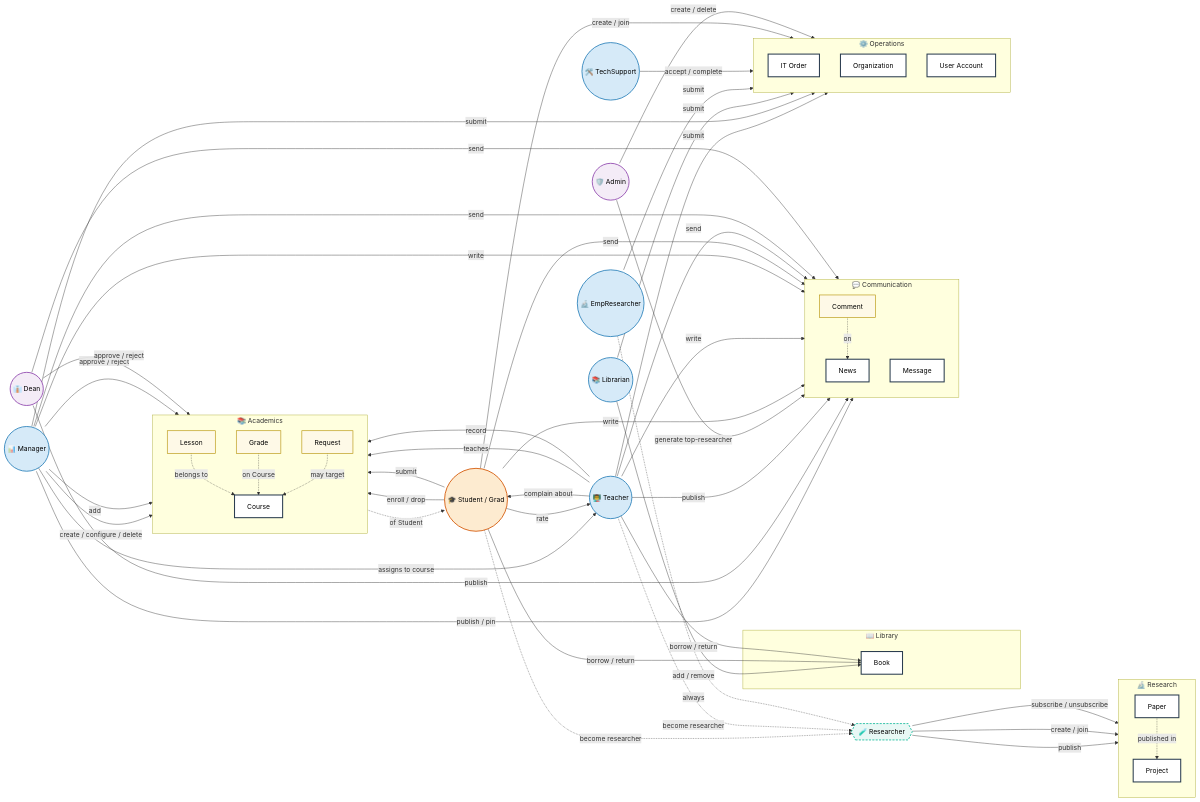
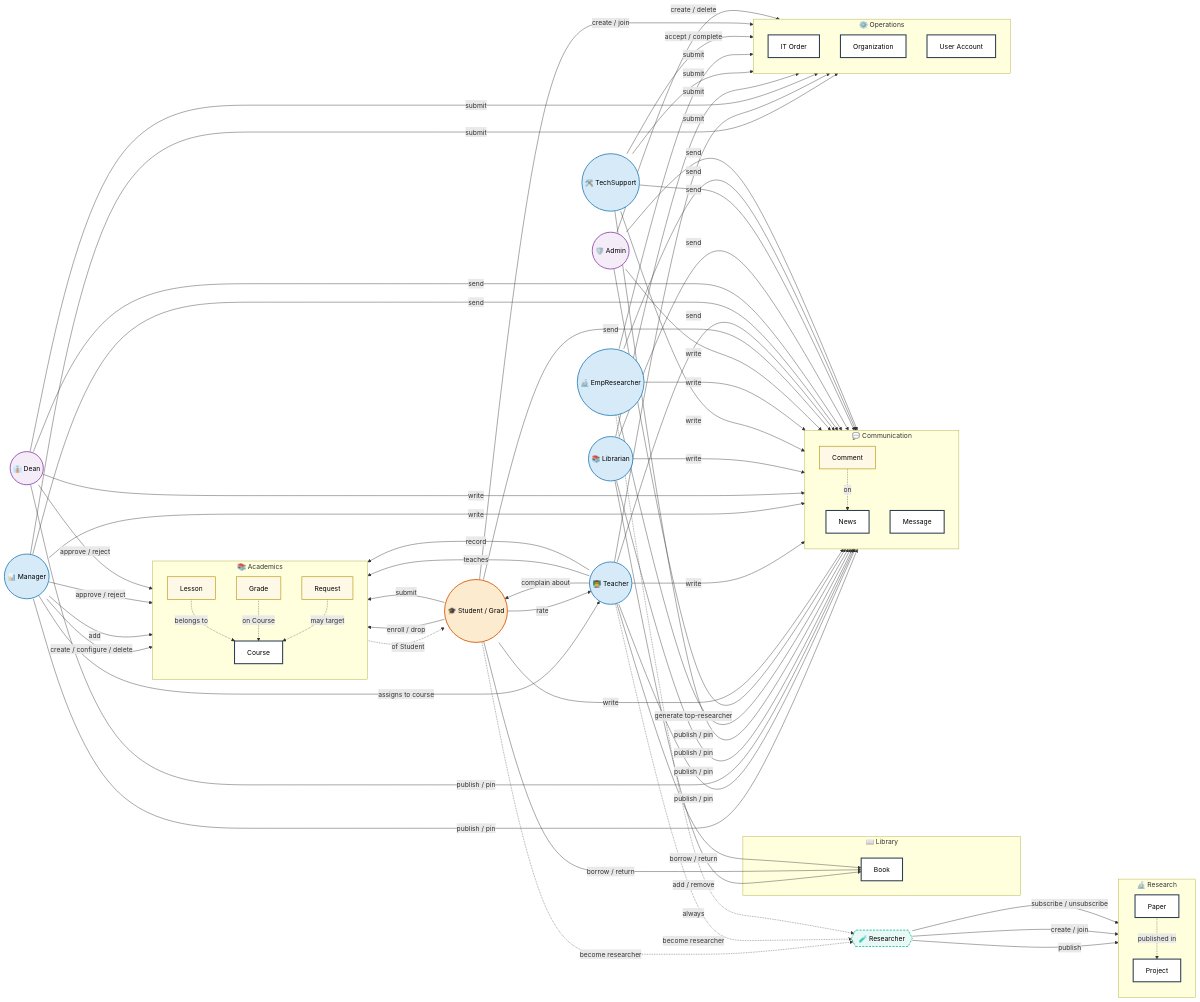
Before and after one commit to fluffy-dev/UnifiedStudentPortal: the diagram in diagrams/usecase_diagram_compact.mermaid, drawn with Mermaid. The commit also changed other lines of this file, not shown here.

Commit message:
docs(diagrams): widen comment/message/publish-news to match real gating
The first draft of the entity-centric diagram listed only a handful of
roles on Comment/Message/News-publish arrows, which understated the
permissions the backend actually grants. Reality (from RestServer.java):

  - POST /api/news/{id}/comment → User.class (every authenticated role)
  - POST /api/messages          → User.class (every authenticated role)
  - POST /api/news              → Employee.class (six employees)
  - POST /api/orders            → Employee.class (six employees)

Use Mermaid's `&` syntax to point all eligible roles at the shared
target in a single arrow, and add a "Role groupings" reference table
in the markdown so the membership of "any role" and "any employee" is
explicit on the page.

```diff
--- a/diagrams/usecase_diagram_compact.mermaid
+++ b/diagrams/usecase_diagram_compact.mermaid
@@ -104,28 +104,20 @@
     %% ==========================================================
     %%  COMMUNICATION  (news + comments + DMs)
     %% ==========================================================
-    Manager -->|publish / pin| News
-    Dean    -->|publish| News
-    Teacher -->|publish| News
-    Admin   -->|generate top-researcher| News
+    %% Publish News — any Employee (Manager, Teacher, Dean, Librarian, Tech, EmpRes)
+    Manager & Teacher & Dean & Librarian & Tech & EmpRes -->|publish / pin| News
+    Admin -->|generate top-researcher| News
 
-    Student -->|write| Comment
-    Teacher -->|write| Comment
-    Manager -->|write| Comment
-
-    Student -->|send| Message
-    Teacher -->|send| Message
-    Manager -->|send| Message
-    Dean    -->|send| Message
+    %% Comments and DMs — every authenticated role (universal)
+    Student & Teacher & Manager & Dean & Librarian & Tech & EmpRes & Admin -->|write| Comment
+    Student & Teacher & Manager & Dean & Librarian & Tech & EmpRes & Admin -->|send| Message
 
     %% ==========================================================
     %%  OPERATIONS
     %% ==========================================================
-    Teacher   -->|submit| Order
-    Manager   -->|submit| Order
-    Librarian -->|submit| Order
-    EmpRes    -->|submit| Order
-    Tech      -->|accept / complete| Order
+    %% Submit IT order — any Employee
+    Manager & Teacher & Dean & Librarian & Tech & EmpRes -->|submit| Order
+    Tech -->|accept / complete| Order
 
     Student -->|create / join| Org
 
```
